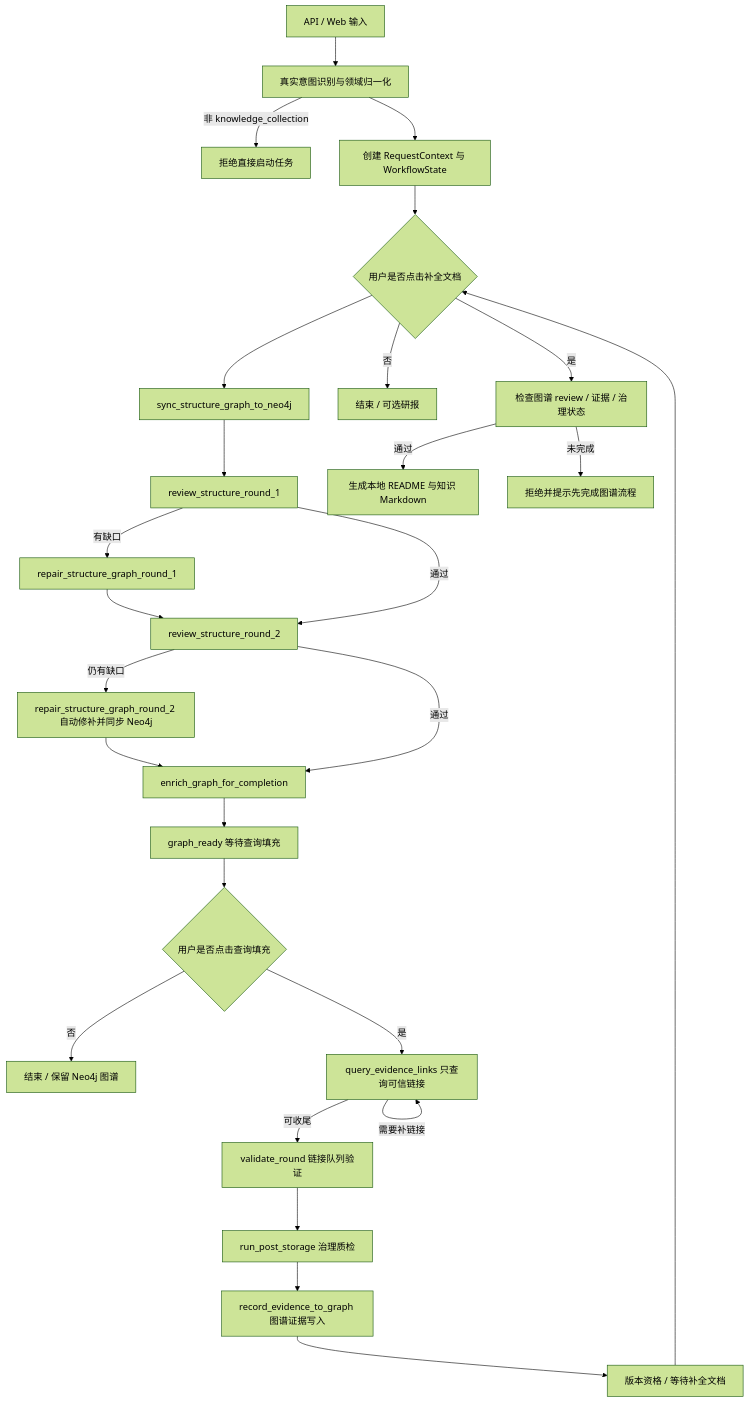
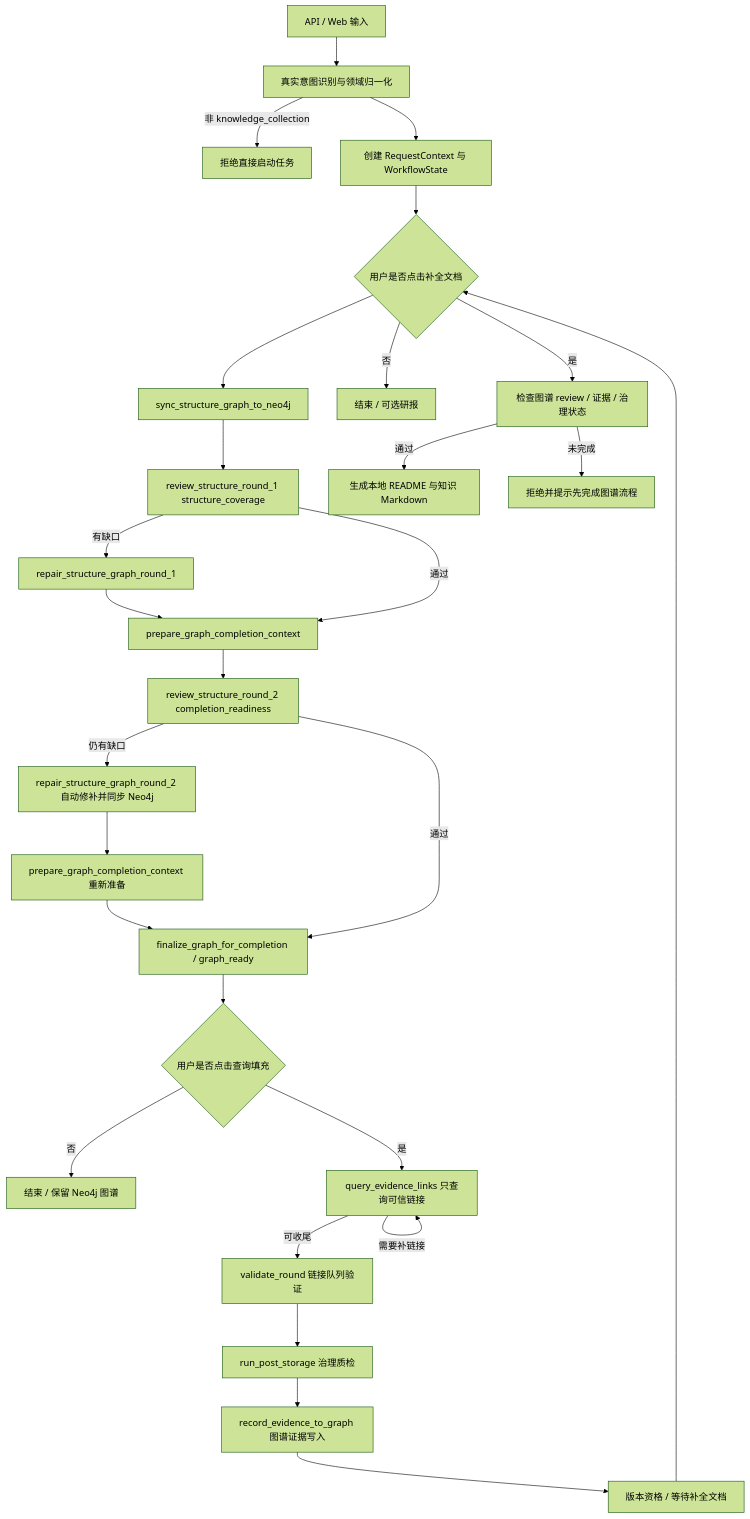
The diagram in docs/流程执行文档.md (crabin/knowledgeforge), drawn with Mermaid (forest theme) before and after one commit. The commit also changed other lines of this file and 10 other files, not shown here.

Commit message:
Refine two-stage graph review flow

````diff
--- a/docs/流程执行文档.md
+++ b/docs/流程执行文档.md
@@ -11,29 +11,30 @@
 ```mermaid
 flowchart TD
     A[API / Web 输入] --> B[真实意图识别与领域归一化]
     B -->|非 knowledge_collection| X[拒绝直接启动任务]
     B --> C[创建 RequestContext 与 WorkflowState]
     C --> D[generate_structure_graph]
     D --> E[sync_structure_graph_to_neo4j]
-    E --> F[review_structure_round_1]
+    E --> F[review_structure_round_1 structure_coverage]
     F -->|有缺口| G[repair_structure_graph_round_1]
-    G --> H[review_structure_round_2]
-    F -->|通过| H
+    G --> I[prepare_graph_completion_context]
+    F -->|通过| I
+    I --> H[review_structure_round_2 completion_readiness]
     H -->|仍有缺口| S[repair_structure_graph_round_2 自动修补并同步 Neo4j]
-    S --> I
-    H -->|通过| I[enrich_graph_for_completion]
-    I --> W[graph_ready 等待查询填充]
+    S --> I2[prepare_graph_completion_context 重新准备]
+    I2 --> W[finalize_graph_for_completion / graph_ready]
+    H -->|通过| W
     W --> Q{用户是否点击查询填充}
     Q -->|否| R[结束 / 保留 Neo4j 图谱]
     Q -->|是| J[query_evidence_links 只查询可信链接]
     J -->|需要补链接| J
     J -->|可收尾| L[validate_round 链接队列验证]
     L --> M[run_post_storage 治理质检]
     M --> K[record_evidence_to_graph 图谱证据写入]
     K --> P[版本资格 / 等待补全文档]
     P --> D{用户是否点击补全文档}
     D -->|否| R2[结束 / 可选研报]
     D -->|是| T[检查图谱 review / 证据 / 治理状态]
     T -->|通过| U[生成本地 README 与知识 Markdown]
     T -->|未完成| V[拒绝并提示先完成图谱流程]
 ```
````
